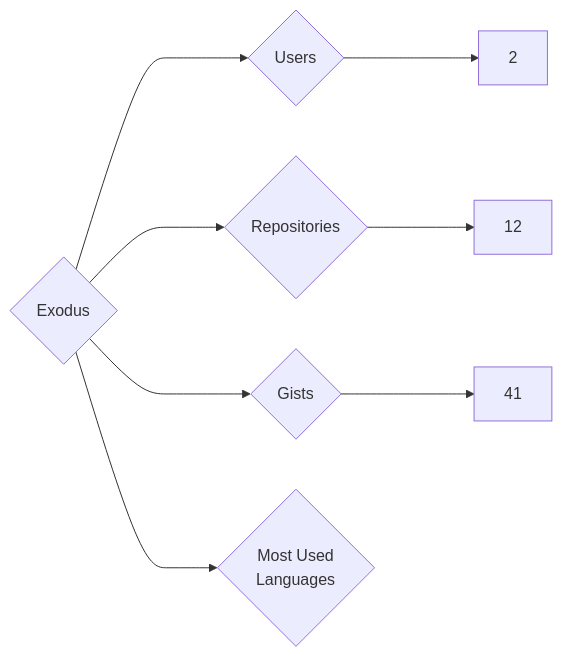
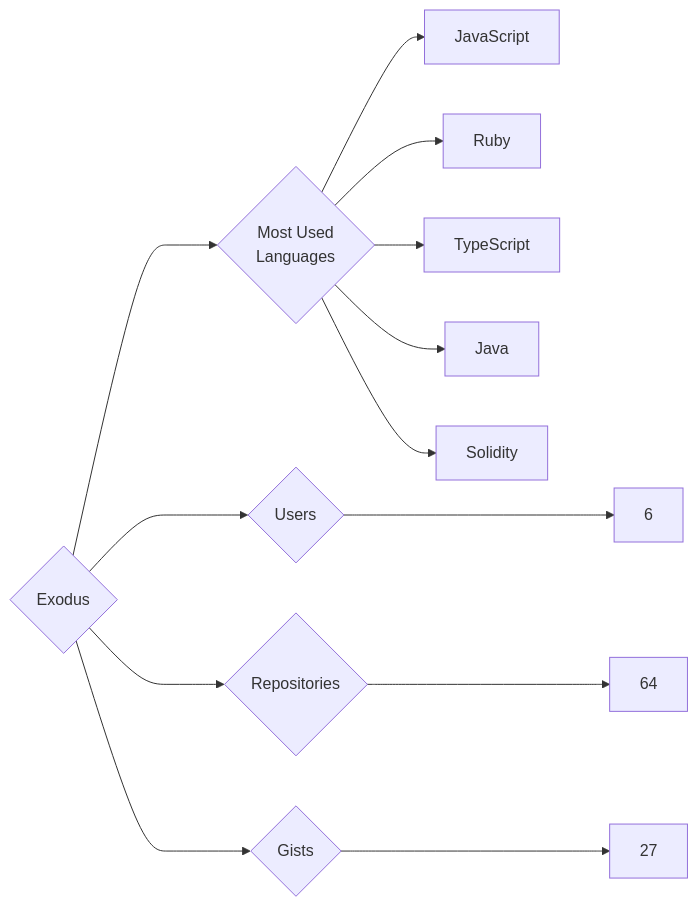
The diagram in targets/Exodus/README.md (trickest/insiders), drawn with Mermaid before and after one commit. The commit also changed 679 other files, not shown here.

````diff
--- a/targets/Exodus/README.md
+++ b/targets/Exodus/README.md
@@ -3,8 +3,13 @@
 ```mermaid
 graph LR
 COMPANY_NAME{Exodus}
-COMPANY_NAME ---> U{Users} ---> UN[2]
-COMPANY_NAME ---> R{Repositories} ---> RN[12]
-COMPANY_NAME ---> G{Gists} ---> GN[41]
+COMPANY_NAME ---> U{Users} ---> UN[6]
+COMPANY_NAME ---> R{Repositories} ---> RN[64]
+COMPANY_NAME ---> G{Gists} ---> GN[27]
 COMPANY_NAME ---> ML{Most Used<br>Languages}
+ML --> JavaScript[JavaScript]
+ML --> Ruby[Ruby]
+ML --> TypeScript[TypeScript]
+ML --> Java[Java]
+ML --> Solidity[Solidity]
 ```
````
